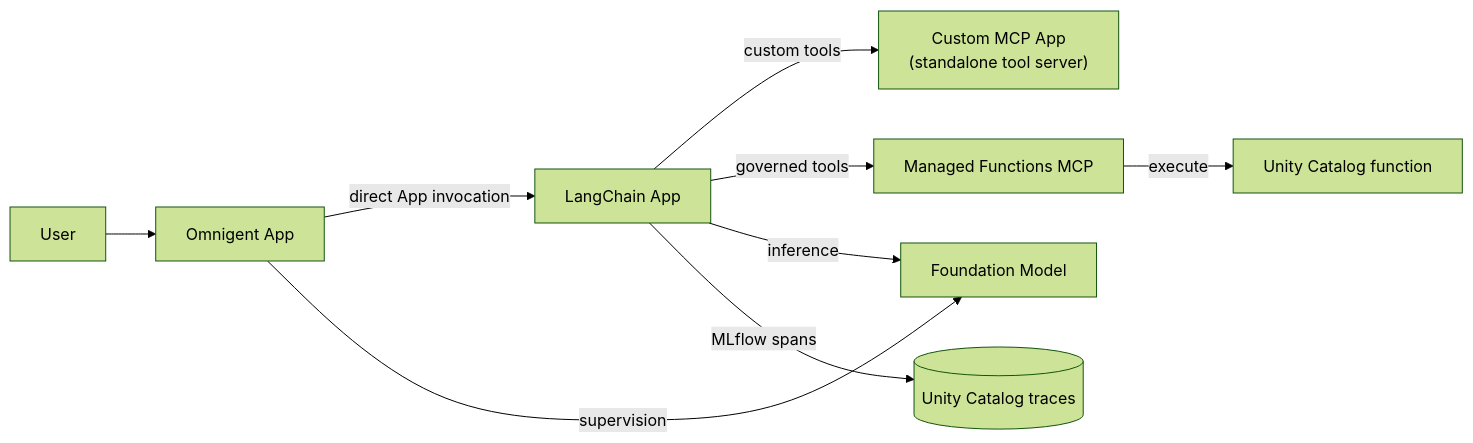
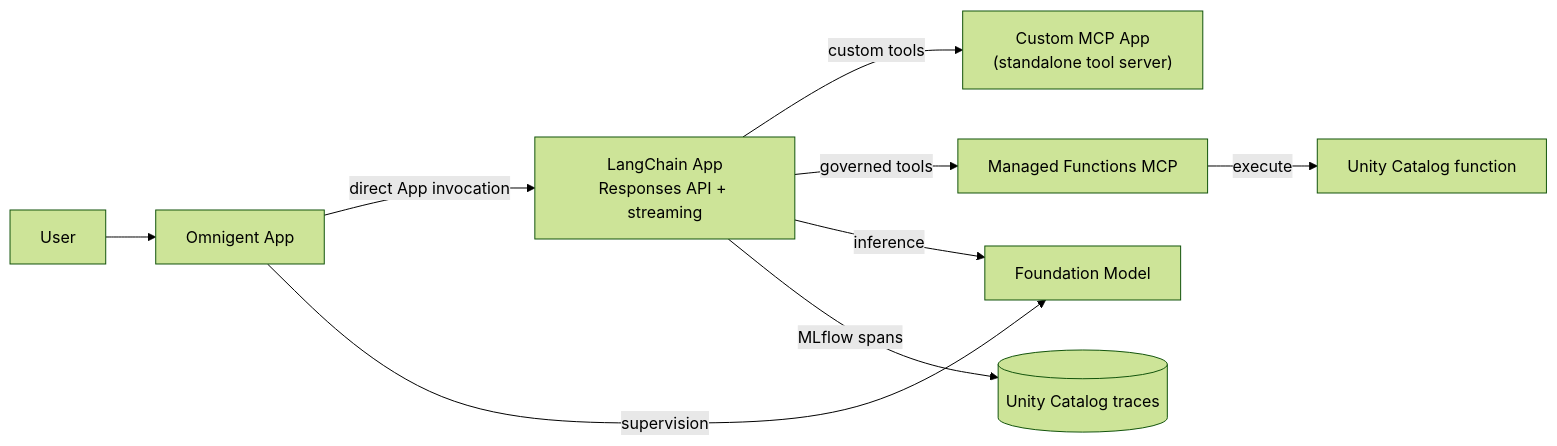
Before and after one commit to zacdav-db/databricks-agent-cicd-sandpit: the first of 3 diagrams in README.md, drawn with Mermaid (forest theme). The commit also changed other lines of this file and 24 other files, not shown here.

Commit message:
Add streaming Responses API to agent apps

````diff
--- a/README.md
+++ b/README.md
@@ -102,20 +117,20 @@
 ```mermaid
 flowchart LR
     User["User"]
     Omni["Omnigent App"]
     MCP["Custom MCP App<br/>(standalone tool server)"]
-    Agent["LangChain App"]
+    Agent["LangChain App<br/>Responses API + streaming"]
     Managed["Managed Functions MCP"]
     Function["Unity Catalog function"]
     Model["Foundation Model"]
     Traces[("Unity Catalog traces")]
 
     User --> Omni
     Omni -->|"direct App invocation"| Agent
     Agent -->|"custom tools"| MCP
     Agent -->|"governed tools"| Managed
     Managed -->|"execute"| Function
     Omni -->|"supervision"| Model
     Agent -->|"inference"| Model
     Agent -->|"MLflow spans"| Traces
 ```
````
